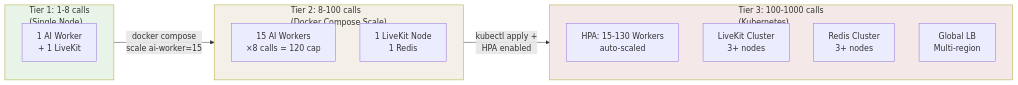
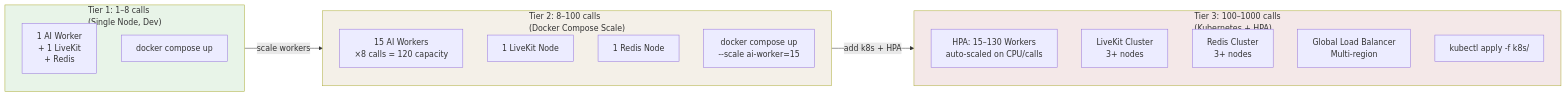
Before and after one commit to Dhanpat07/Cozmo-ai: the third of 3 diagrams in architecture-diagrams.md, drawn with Mermaid. The commit also changed other lines of this file, not shown here.

````diff
--- a/architecture-diagrams.md
+++ b/architecture-diagrams.md
@@ -118,25 +120,29 @@
 ```mermaid
 graph LR
-    subgraph TIER1["Tier 1: 1-8 calls\n(Single Node)"]
-        S1[1 AI Worker\n+ 1 LiveKit]
+    subgraph TIER1["Tier 1: 1–8 calls\n(Single Node, Dev)"]
+        S1[1 AI Worker\n+ 1 LiveKit\n+ Redis]
+        S1N[docker compose up]
     end
 
-    subgraph TIER2["Tier 2: 8-100 calls\n(Docker Compose Scale)"]
-        S2A[15 AI Workers\n×8 calls = 120 cap]
-        S2B[1 LiveKit Node\n1 Redis]
+    subgraph TIER2["Tier 2: 8–100 calls\n(Docker Compose Scale)"]
+        S2A[15 AI Workers\n×8 calls = 120 capacity]
+        S2B[1 LiveKit Node]
+        S2C[1 Redis Node]
+        S2N[docker compose up\n--scale ai-worker=15]
     end
 
-    subgraph TIER3["Tier 3: 100-1000 calls\n(Kubernetes)"]
-        S3A[HPA: 15-130 Workers\nauto-scaled]
+    subgraph TIER3["Tier 3: 100–1000 calls\n(Kubernetes + HPA)"]
+        S3A[HPA: 15–130 Workers\nauto-scaled on CPU/calls]
         S3B[LiveKit Cluster\n3+ nodes]
         S3C[Redis Cluster\n3+ nodes]
-        S3D[Global LB\nMulti-region]
+        S3D[Global Load Balancer\nMulti-region]
+        S3N[kubectl apply -f k8s/]
     end
 
-    TIER1 -->|docker compose\nscale ai-worker=15| TIER2
-    TIER2 -->|kubectl apply +\nHPA enabled| TIER3
+    TIER1 -->|scale workers| TIER2
+    TIER2 -->|add k8s + HPA| TIER3
 
     style TIER1 fill:#e8f4e8
     style TIER2 fill:#f4f0e8
     style TIER3 fill:#f4e8e8
 ```
````
